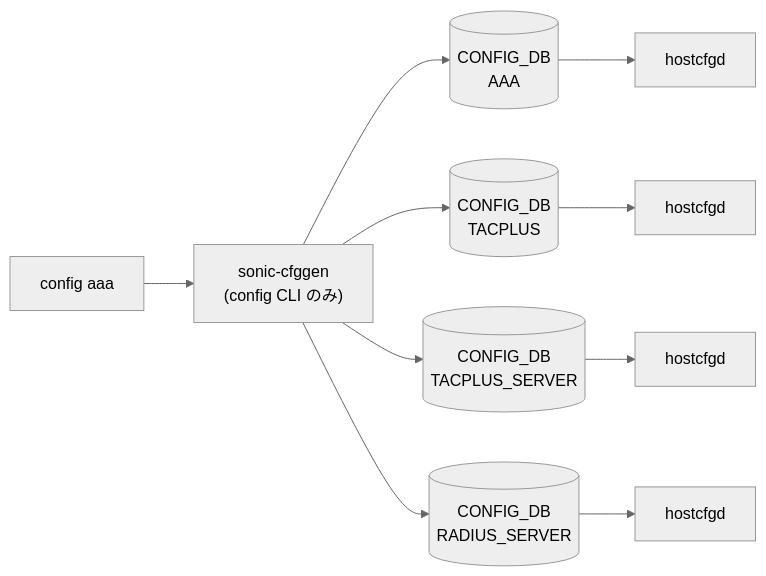
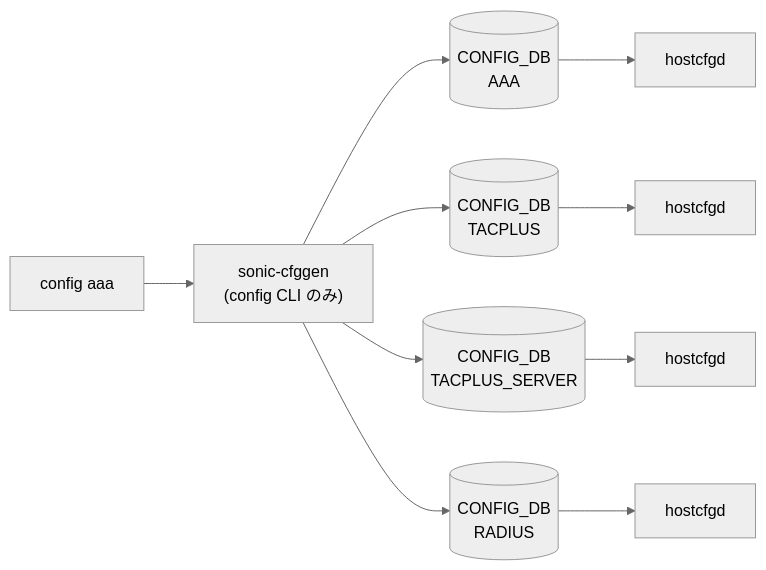
Before and after one commit to aoki-taquan/sonic-unofficial-docs: the diagram in docs/reference/cli/config-aaa.md, drawn with Mermaid (neutral theme). The commit also changed 26 other files, not shown here.

First line of the commit message:
chore(cli): add cli-mermaid blocks to remaining 20 CLI reference pages

````diff
--- a/docs/reference/cli/config-aaa.md
+++ b/docs/reference/cli/config-aaa.md
@@ -202,22 +202,22 @@
 ```mermaid
 flowchart LR
   CLI["config aaa"]
   SC["sonic-cfggen<br/>(config CLI のみ)"]
   CLI --> SC
   CDB0[("CONFIG_DB<br/>AAA")]
   SC --> CDB0
   DM0["hostcfgd"]
   CDB0 --> DM0
   CDB1[("CONFIG_DB<br/>TACPLUS")]
   SC --> CDB1
   DM1["hostcfgd"]
   CDB1 --> DM1
   CDB2[("CONFIG_DB<br/>TACPLUS_SERVER")]
   SC --> CDB2
   DM2["hostcfgd"]
   CDB2 --> DM2
-  CDB3[("CONFIG_DB<br/>RADIUS_SERVER")]
+  CDB3[("CONFIG_DB<br/>RADIUS")]
   SC --> CDB3
   DM3["hostcfgd"]
   CDB3 --> DM3
 ```
````
